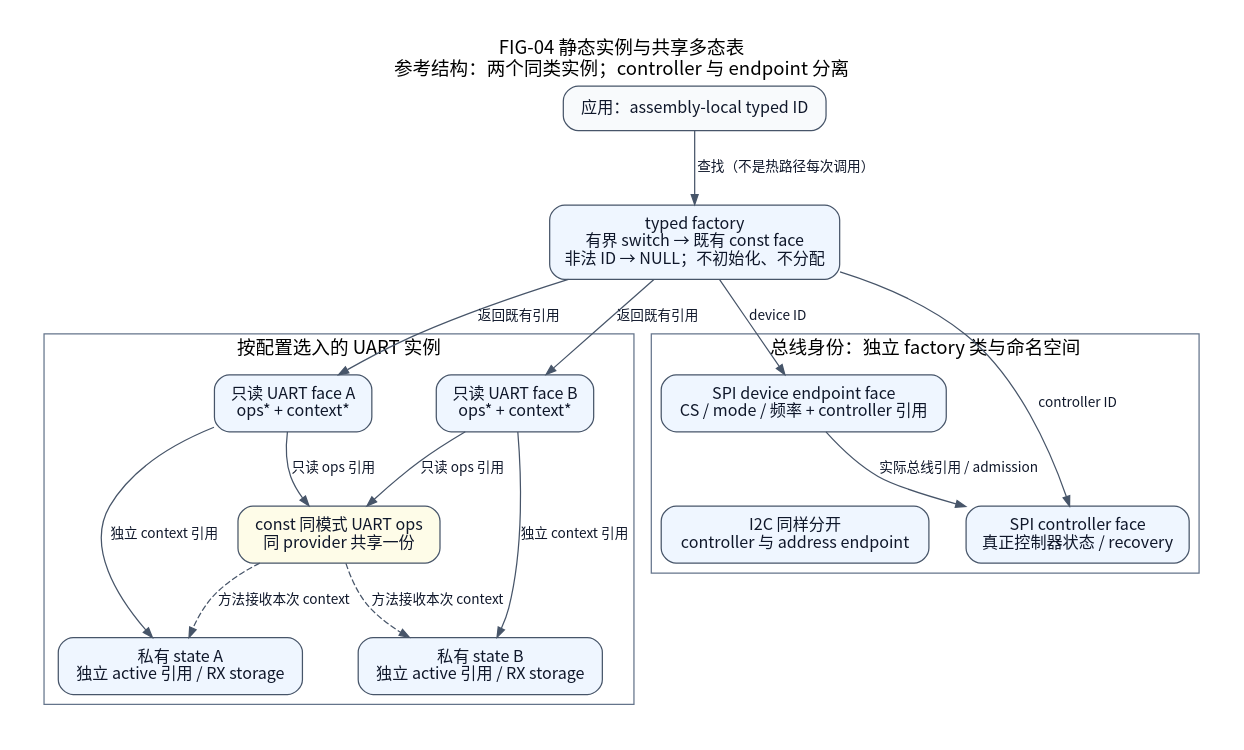
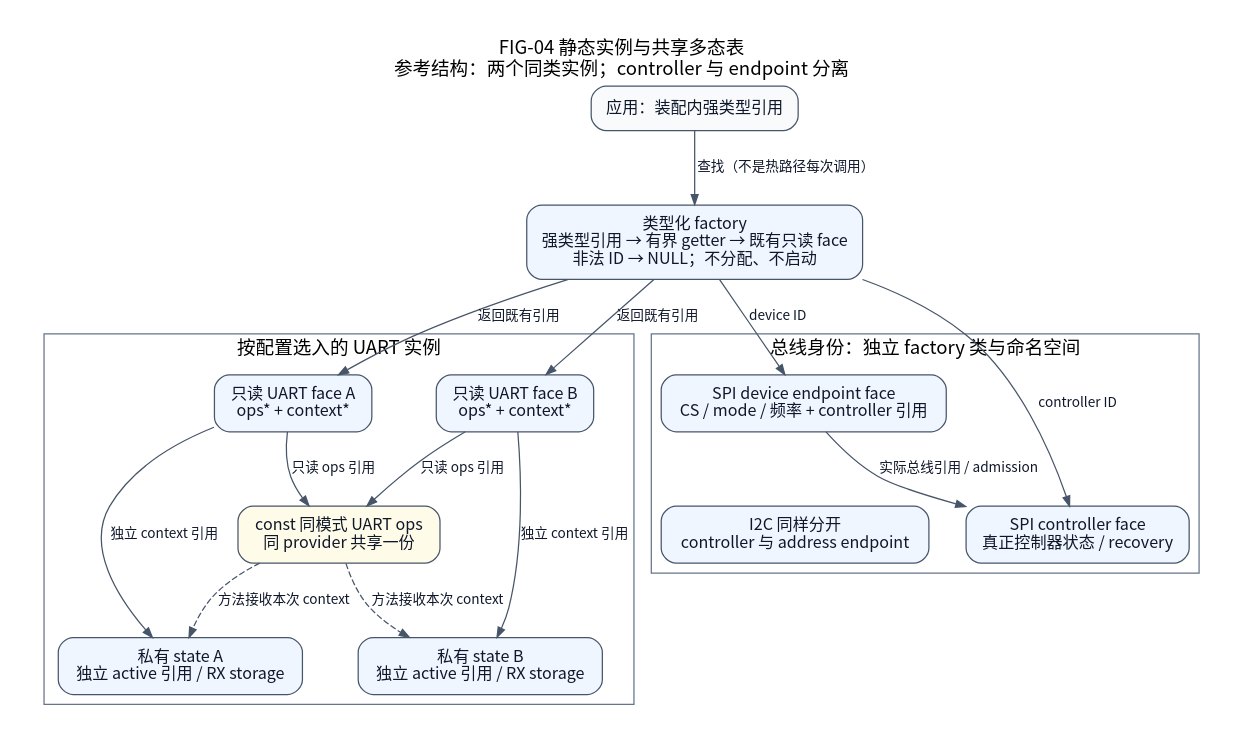
The diagram in docs/assets/diagrams/localized/zh_CN/factory-instances.dot (X-Gen-Lab/nexus), drawn with Graphviz before and after one commit. The commit also changed 99 other files, not shown here.

Commit message:
feat(platform): streamline typed factory and provider workflows

```diff
--- a/docs/assets/diagrams/localized/zh_CN/factory-instances.dot
+++ b/docs/assets/diagrams/localized/zh_CN/factory-instances.dot
@@ -1,46 +1,46 @@
 // FIG-04 reference: source-backed, scoped engineering view.
-// Code basis: 0111c8d3b9c7b37d258b9c401070305b13b6f3a1.
+// Code basis: tools/configure/factory.py; native_factory_test.cpp.
 // Relations and qualification limits are documented in README.md.
 digraph FactoryInstances {
     graph [newrank=true, rankdir=TB, bgcolor="white", pad=0.28, nodesep=0.42,
            ranksep=0.66, fontname="Noto Sans CJK SC", fontsize=15,
            labelloc=t];
     node [shape=box, style="rounded,filled", fillcolor="#eff6ff",
           color="#475569", fontcolor="#0f172a", fontname="Noto Sans CJK SC",
           fontsize=13, margin="0.18,0.12"];
     edge [color="#475569", fontcolor="#0f172a",
           fontname="Noto Sans CJK SC", fontsize=11, arrowsize=0.8];
 
     graph [label="FIG-04 静态实例与共享多态表\n参考结构：两个同类实例；controller 与 endpoint 分离"];
-    caller [label="应用：assembly-local typed ID", fillcolor="#f8fafc"];
-    factory [label="typed factory\n有界 switch → 既有 const face\n非法 ID → NULL；不初始化、不分配"];
+    caller [label="应用：装配内强类型引用", fillcolor="#f8fafc"];
+    factory [label="类型化 factory\n强类型引用 → 有界 getter → 既有只读 face\n非法 ID → NULL；不分配、不启动"];
     subgraph clusterUart {
         label="按配置选入的 UART 实例"; color="#64748b";
         faceA [label="只读 UART face A\nops* + context*"];
         faceB [label="只读 UART face B\nops* + context*"];
         ops [label="const 同模式 UART ops\n同 provider 共享一份", fillcolor="#fefce8"];
         stateA [label="私有 state A\n独立 active 引用 / RX storage"];
         stateB [label="私有 state B\n独立 active 引用 / RX storage"];
         { rank=same; faceA; faceB; }
         { rank=same; stateA; stateB; }
     }
     subgraph clusterBus {
         label="总线身份：独立 factory 类与命名空间"; color="#64748b";
         controller [label="SPI controller face\n真正控制器状态 / recovery"];
         endpoint [label="SPI device endpoint face\nCS / mode / 频率 + controller 引用"];
         i2c [label="I2C 同样分开\ncontroller 与 address endpoint"];
     }
     caller -> factory [label="查找（不是热路径每次调用）"];
     factory -> faceA [label="返回既有引用"];
     factory -> faceB [label="返回既有引用"];
     faceA -> ops [label="只读 ops 引用"];
     faceB -> ops [label="只读 ops 引用"];
     faceA -> stateA [label="独立 context 引用"];
     faceB -> stateB [label="独立 context 引用"];
     ops -> stateA [label="方法接收本次 context", style=dashed];
     ops -> stateB [label="方法接收本次 context", style=dashed];
     factory -> controller [label="controller ID"];
     factory -> endpoint [label="device ID"];
     endpoint -> controller [label="实际总线引用 / admission"];
     endpoint -> i2c [style=invis];
 }
```
